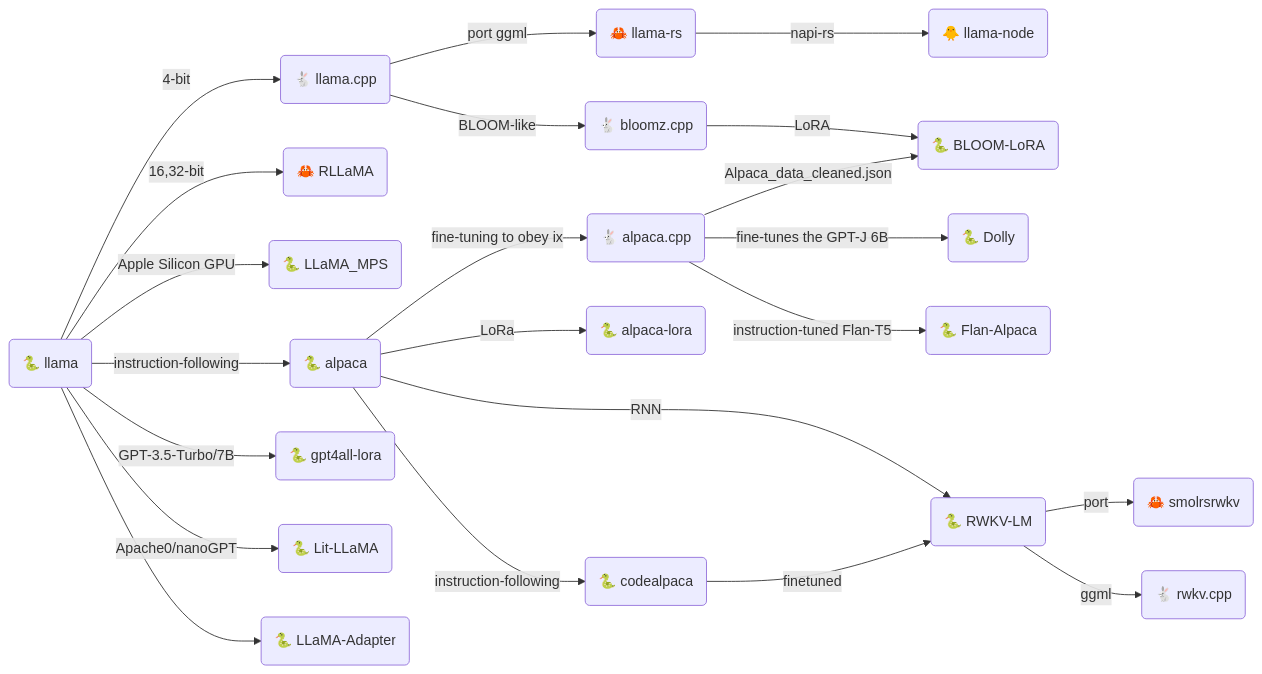
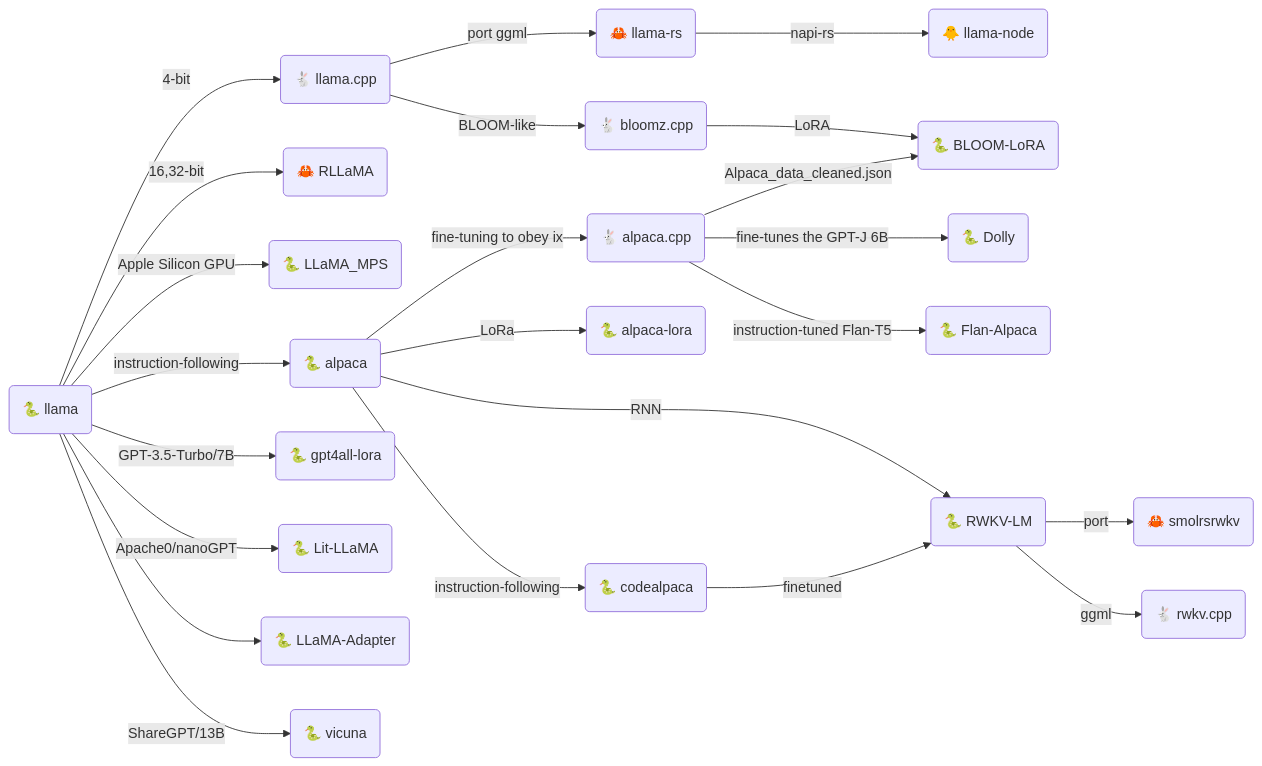
The second of 4 diagrams in src/ml/llama.md (gist-rs/book), drawn with Mermaid before and after one commit. The commit also changed other lines of this file, not shown here.

Commit message:
feat: add vicuna

````diff
--- a/src/ml/llama.md
+++ b/src/ml/llama.md
@@ -35,23 +35,24 @@
 ```mermaid
 graph LR;
 A("🐍 llama") --"4-bit"--> B("🐇 llama.cpp")
 B --port ggml--> C("🦀 llama-rs")
 A --"16,32-bit"--> CC("🦀 RLLaMA")
 A --Apple Silicon GPU--> AA("🐍 LLaMA_MPS")
 C --"napi-rs"--> I("🐥 llama-node")
 E --"fine-tuning to obey ix"--> D("🐇 alpaca.cpp")
 E --instruction-following--> H("🐍 codealpaca")
 A --instruction-following--> E("🐍 alpaca") --LoRa--> F("🐍 alpaca-lora")
 B --BLOOM-like--> BB("🐇 bloomz.cpp")
 BB --LoRA--> DDDD("🐍 BLOOM-LoRA")
 D --"fine-tunes the GPT-J 6B"--> DD("🐍 Dolly")
 D --"instruction-tuned Flan-T5"--> DDD("🐍 Flan-Alpaca")
 D --Alpaca_data_cleaned.json--> DDDD
 E --RNN--> EE("🐍 RWKV-LM")
 EE("🐍 RWKV-LM") --port--> EEE("🦀 smolrsrwkv")
 H --finetuned--> EE
 EE --ggml--> EEEE("🐇 rwkv.cpp")
 A --"GPT-3.5-Turbo/7B"--> FF("🐍 gpt4all-lora")
 A --"Apache0/nanoGPT"--> AAAA("🐍 Lit-LLaMA")
 A --> AAA("🐍 LLaMA-Adapter")
+A --ShareGPT/13B--> AAAAA("🐍 vicuna")
 ```
````
